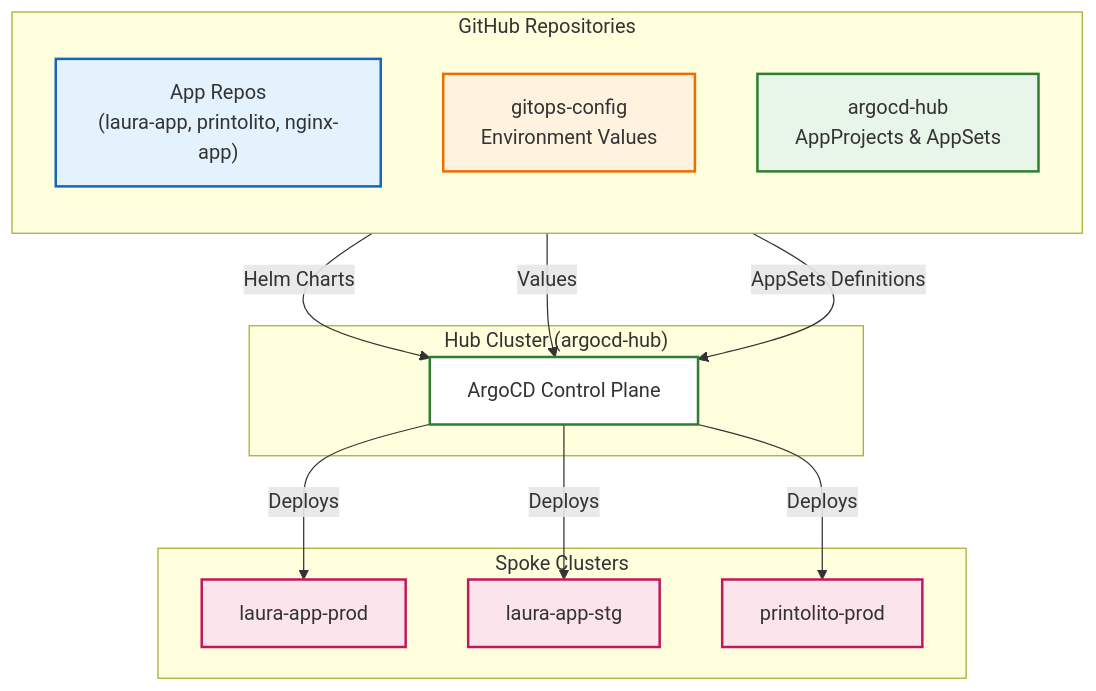
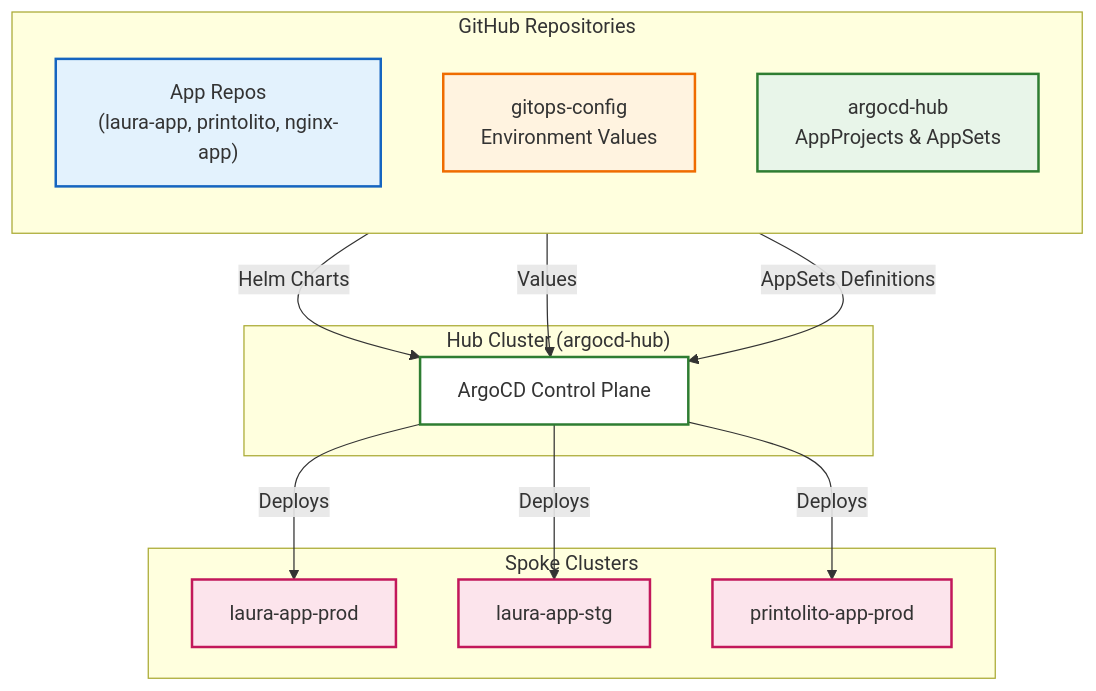
Before and after one commit to testing-org-egarciam/argocd-poc-infra: the diagram in README.md, drawn with Mermaid. The commit also changed other lines of this file and 3 other files, not shown here.

First line of the commit message:
Document app-owned namespace convention and printolito cluster files (#3)

````diff
--- a/README.md
+++ b/README.md
@@ -5,32 +5,32 @@
 ```mermaid
 flowchart TD
     subgraph GitHub ["GitHub Repositories"]
         direction TB
         App["App Repos<br/>(laura-app, printolito, nginx-app)"]:::app
         Config["gitops-config<br/>Environment Values"]:::config
         Hub["argocd-hub<br/>AppProjects & AppSets"]:::hub
     end
 
     subgraph HubCluster ["Hub Cluster (argocd-hub)"]
         ArgoCD["ArgoCD Control Plane"]:::hubcomp
     end
 
     subgraph SpokeClusters ["Spoke Clusters"]
         Prod["laura-app-prod"]:::spoke
         Stg["laura-app-stg"]:::spoke
-        Printolito["printolito-prod"]:::spoke
+        Printolito["printolito-app-prod"]:::spoke
     end
 
     App -->|Helm Charts| ArgoCD
     Config -->|Values| ArgoCD
     Hub -->|AppSets Definitions| ArgoCD
     ArgoCD -->|Deploys| Prod
     ArgoCD -->|Deploys| Stg
     ArgoCD -->|Deploys| Printolito
 
     classDef app fill:#e3f2fd,stroke:#1565c0,stroke-width:2px;
     classDef config fill:#fff3e0,stroke:#ef6c00,stroke-width:2px;
     classDef hub fill:#e8f5e9,stroke:#2e7d32,stroke-width:2px;
     classDef hubcomp fill:#ffffff,stroke:#2e7d32,stroke-width:2px;
     classDef spoke fill:#fce4ec,stroke:#c2185b,stroke-width:2px;
 ```
````
